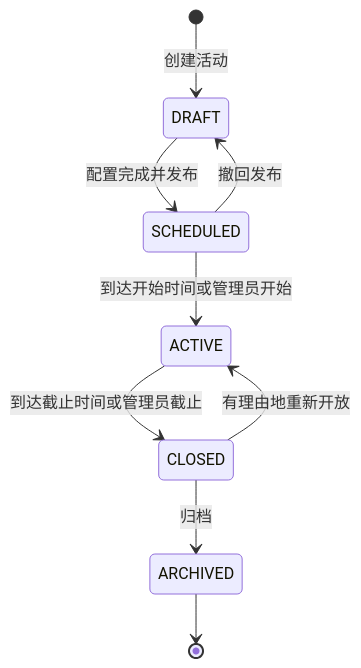
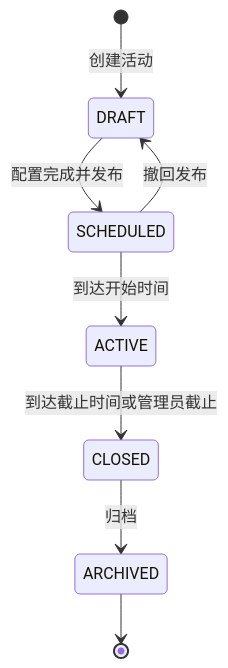
The first of 8 diagrams in docs/design/04-state-machines.md (ChenWang08/ordershow), drawn with Mermaid before and after one commit. The commit also changed other lines of this file and 20 other files, not shown here.

````diff
--- a/docs/design/04-state-machines.md
+++ b/docs/design/04-state-machines.md
@@ -13,11 +13,10 @@
 ```mermaid
 stateDiagram-v2
   [*] --> DRAFT: 创建活动
   DRAFT --> SCHEDULED: 配置完成并发布
   SCHEDULED --> DRAFT: 撤回发布
-  SCHEDULED --> ACTIVE: 到达开始时间或管理员开始
+  SCHEDULED --> ACTIVE: 到达开始时间
   ACTIVE --> CLOSED: 到达截止时间或管理员截止
-  CLOSED --> ACTIVE: 有理由地重新开放
   CLOSED --> ARCHIVED: 归档
   ARCHIVED --> [*]
 ```
````
